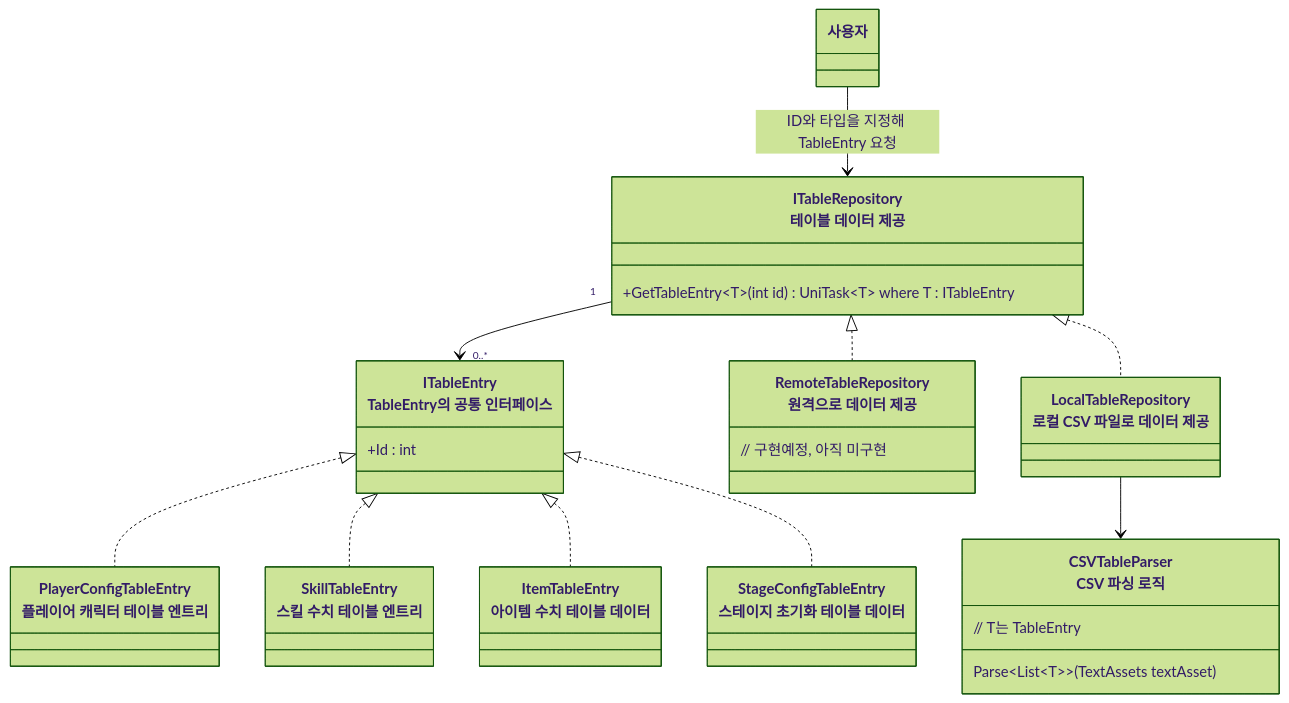
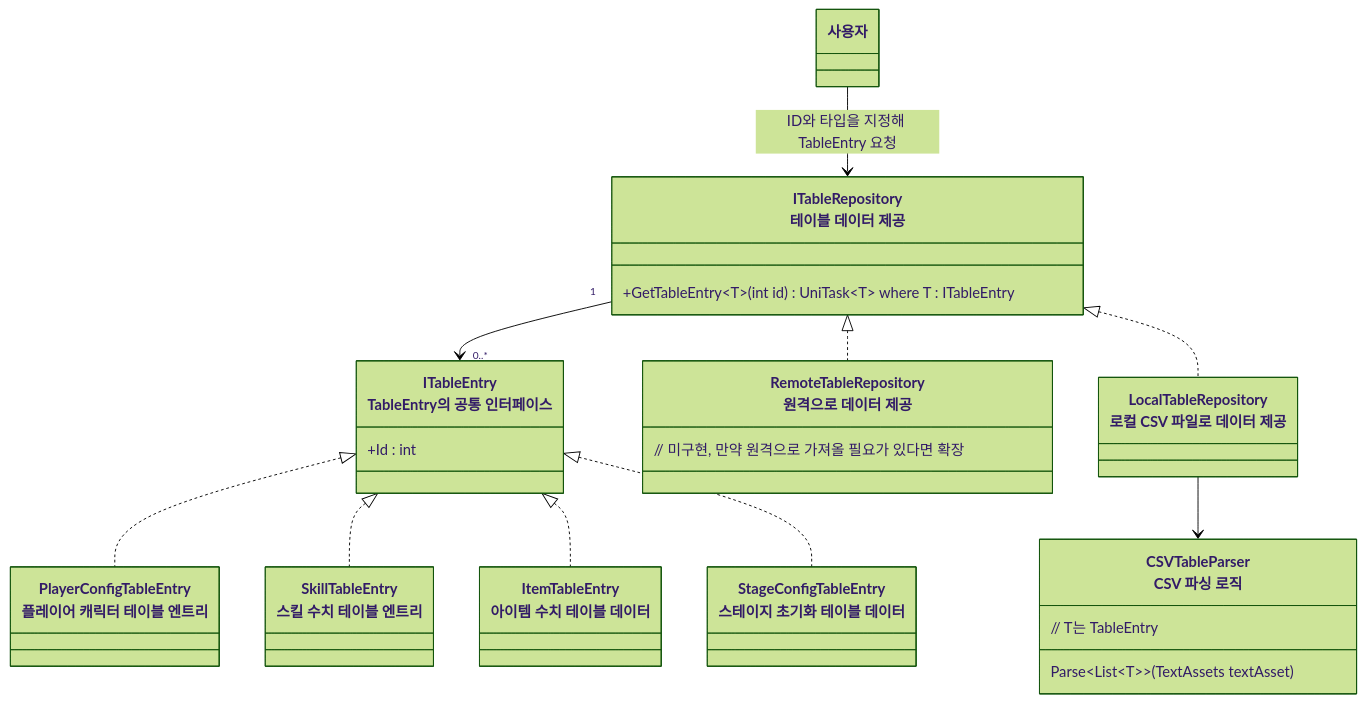
The diagram in README/데이터테이블_설계.md (JIN5EOK/DungeonShooter), drawn with Mermaid (forest theme) before and after one commit. The commit also changed other lines of this file and 1 other file, not shown here.

````diff
--- a/README/데이터테이블_설계.md
+++ b/README/데이터테이블_설계.md
@@ -11,44 +11,44 @@
 ```mermaid
 classDiagram
     class ITableRepository["ITableRepository<br>테이블 데이터 제공"]{
 	    +GetTableEntry~T~(int id) UniTask~T~ where T : ITableEntry
 	}
 	
 	class LocalTableRepository["LocalTableRepository<br>로컬 CSV 파일로 데이터 제공"]{
 
 	}
 	
 	class RemoteTableRepository["RemoteTableRepository<br>원격으로 데이터 제공"]{
-        // 구현예정, 아직 미구현
+        // 미구현, 만약 원격으로 가져올 필요가 있다면 확장
 	}
 	
 	class CSVTableParser["CSVTableParser<br>CSV 파싱 로직"]{
 	    Parse~List~T~~(TextAssets textAsset) 
 	    // T는 TableEntry
     }
 	
 	class ITableEntry["ITableEntry<br>TableEntry의 공통 인터페이스"]{
 	    +Id : int
     }
     class StageConfigTableEntry["StageConfigTableEntry<br>스테이지 초기화 테이블 데이터"]{
 
     }
     class ItemTableEntry["ItemTableEntry<br>아이템 수치 테이블 데이터"]{
 
     }
     class SkillTableEntry["SkillTableEntry<br>스킬 수치 테이블 엔트리"]{
 
     }
     class PlayerConfigTableEntry["PlayerConfigTableEntry<br>플레이어 캐릭터 테이블 엔트리"]{
 
     }
     ITableEntry <|.. PlayerConfigTableEntry
 	ITableEntry <|.. SkillTableEntry
     ITableEntry <|.. ItemTableEntry
     ITableEntry <|.. StageConfigTableEntry
     ITableRepository "1"-->"0..*" ITableEntry
 	ITableRepository <|.. LocalTableRepository
     LocalTableRepository --> CSVTableParser
     ITableRepository <|.. RemoteTableRepository
     사용자 --> ITableRepository : ID와 타입을 지정해 TableEntry 요청
 ```
````
